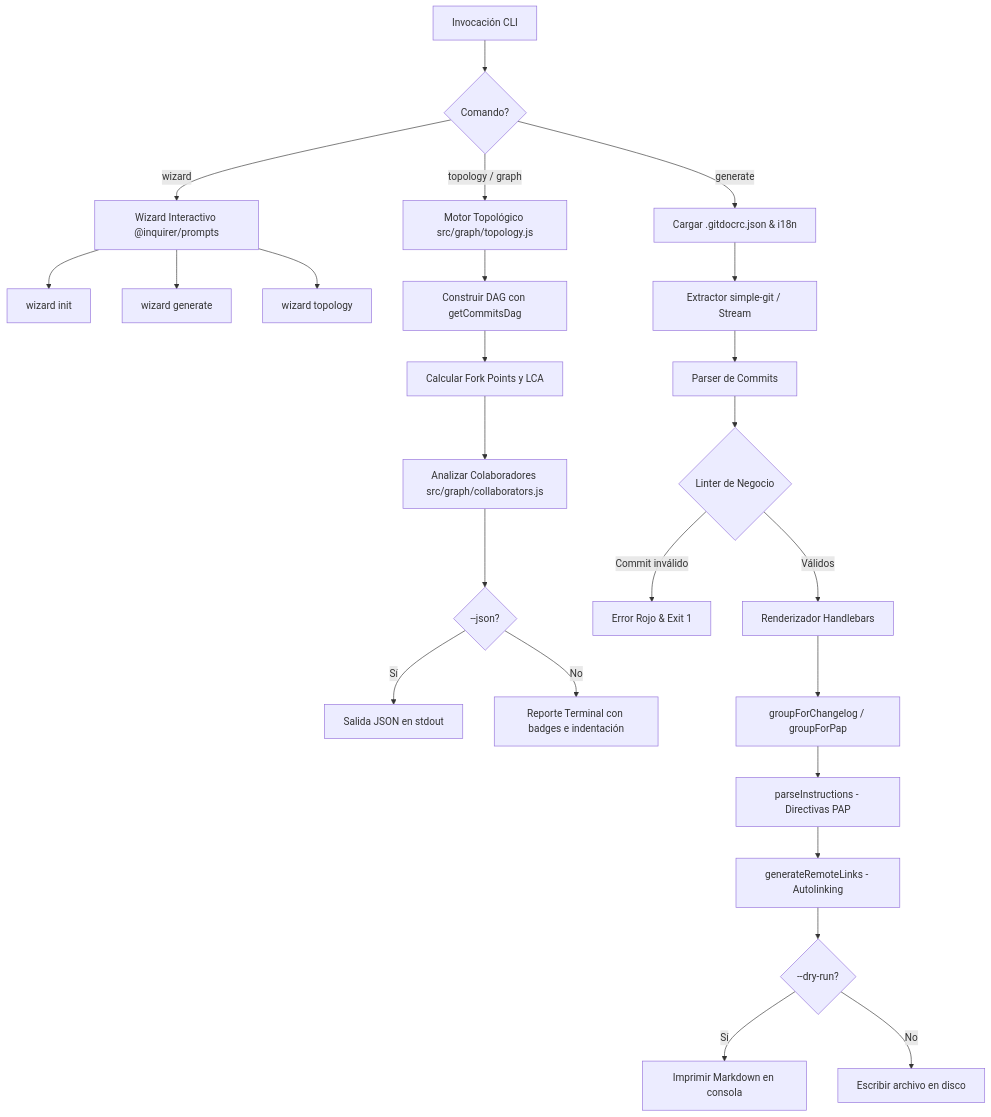
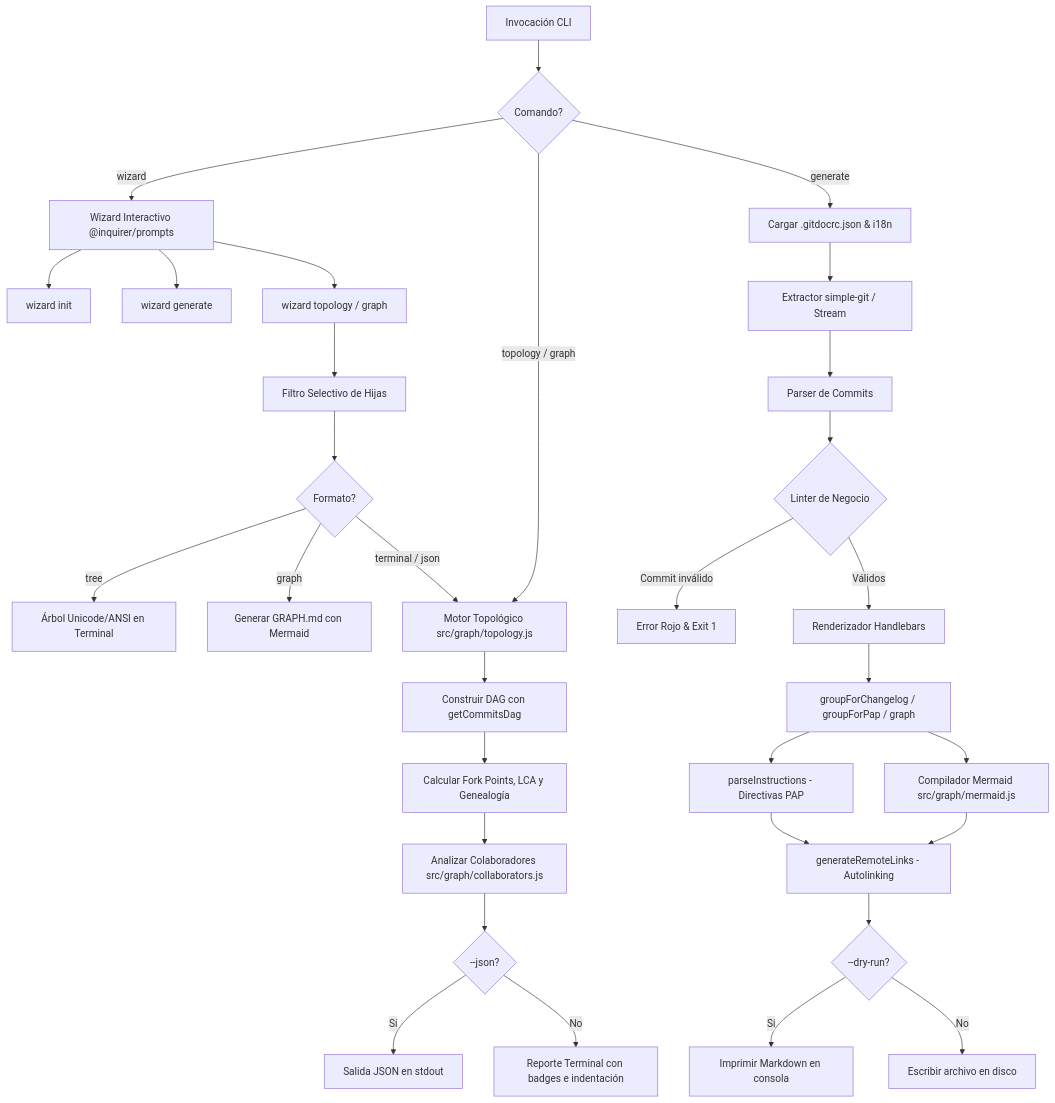
The second of 3 diagrams in README.md (josewebcreator/my-gitdoc), drawn with Mermaid before and after one commit. The commit also changed other lines of this file and 14 other files, not shown here.

Commit message:
feat(graph): incorporar analisis bilateral rama contra rama, filtro de hijas en wizard y documentacion hito 12

````diff
--- a/README.md
+++ b/README.md
@@ -439,27 +522,34 @@
 ```mermaid
 graph TD
     A[Invocación CLI] --> B{Comando?}
     B --> |wizard| WIZ[Wizard Interactivo @inquirer/prompts]
     WIZ --> WIZ_INIT[wizard init]
     WIZ --> WIZ_GEN[wizard generate]
-    WIZ --> WIZ_TOPO[wizard topology]
+    WIZ --> WIZ_TOPO[wizard topology / graph]
+    WIZ_TOPO --> WIZ_CHILD[Filtro Selectivo de Hijas]
+    WIZ_CHILD --> WIZ_FORMAT{Formato?}
+    WIZ_FORMAT --> |tree| WIZ_TREE[Árbol Unicode/ANSI en Terminal]
+    WIZ_FORMAT --> |graph| WIZ_GRAPH[Generar GRAPH.md con Mermaid]
+    WIZ_FORMAT --> |terminal / json| TOPO
     B --> |topology / graph| TOPO[Motor Topológico src/graph/topology.js]
     TOPO --> DAG[Construir DAG con getCommitsDag]
-    DAG --> LCA[Calcular Fork Points y LCA]
+    DAG --> LCA[Calcular Fork Points, LCA y Genealogía]
     LCA --> COL[Analizar Colaboradores src/graph/collaborators.js]
     COL --> OUT_TOPO{--json?}
     OUT_TOPO --> |Sí| JSON_OUT[Salida JSON en stdout]
     OUT_TOPO --> |No| TERM_OUT[Reporte Terminal con badges e indentación]
     B --> |generate| RC[Cargar .gitdocrc.json & i18n]
     RC --> D[Extractor simple-git / Stream]
     D --> E[Parser de Commits]
     E --> F{Linter de Negocio}
     F --> |Commit inválido| G[Error Rojo & Exit 1]
     F --> |Válidos| H[Renderizador Handlebars]
-    H --> H1[groupForChangelog / groupForPap]
+    H --> H1[groupForChangelog / groupForPap / graph]
     H1 --> H2[parseInstructions - Directivas PAP]
     H2 --> H3[generateRemoteLinks - Autolinking]
+    H1 --> MERMAID[Compilador Mermaid src/graph/mermaid.js]
+    MERMAID --> H3
     H3 --> I{--dry-run?}
     I --> |Sí| J[Imprimir Markdown en consola]
     I --> |No| K[Escribir archivo en disco]
 ```
````
